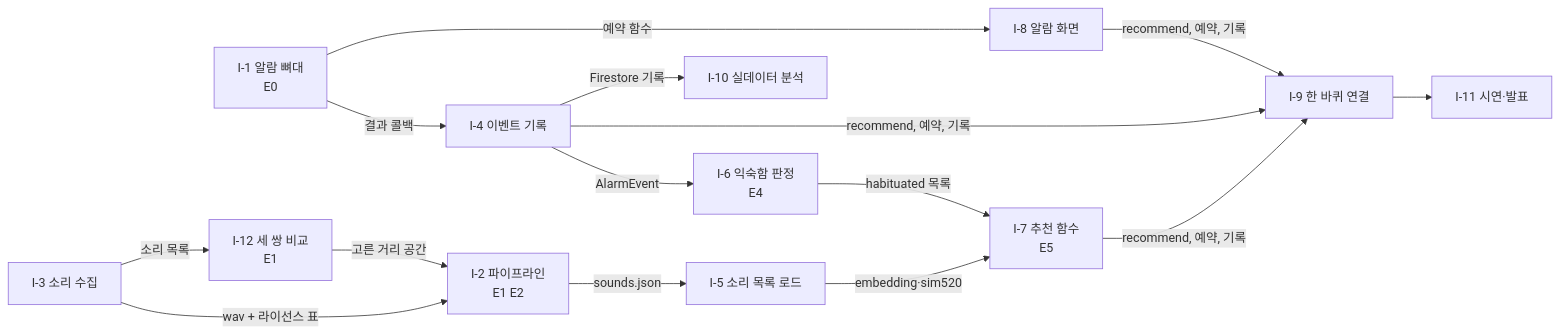
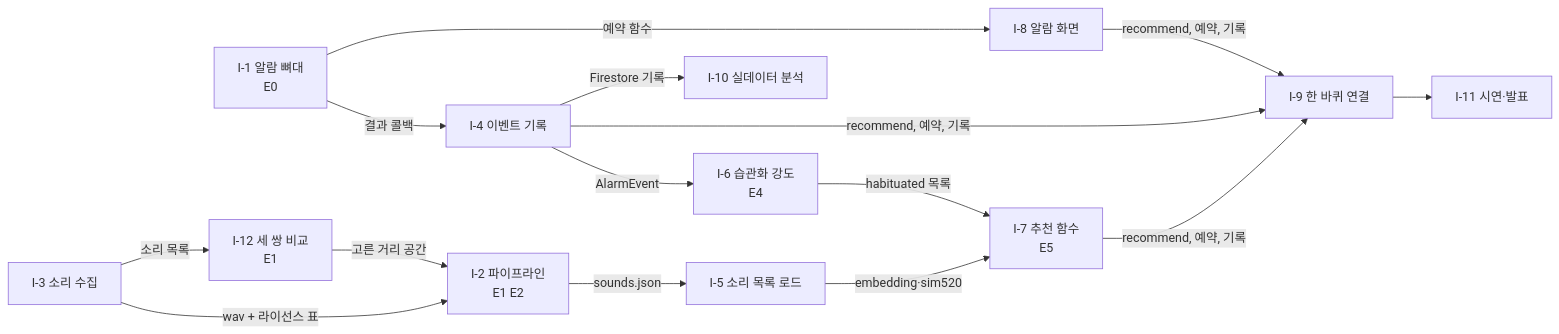
One commit to lyw012012-cpu/appa-anjanda changed the diagram in docs/context/issues-draft.md. Above: the diagram before and after it, drawn with Mermaid. The commit also changed other lines of this file and 7 other files, not shown here.

````diff
--- a/docs/context/issues-draft.md
+++ b/docs/context/issues-draft.md
@@ -24,15 +24,15 @@
 ```mermaid
 flowchart LR
   I1[I-1 알람 뼈대<br/>E0] -->|결과 콜백| I4[I-4 이벤트 기록]
   I1 -->|예약 함수| I8[I-8 알람 화면]
   I3[I-3 소리 수집] -->|wav + 라이선스 표| I2[I-2 파이프라인<br/>E1 E2]
   I3 -->|소리 목록| I12[I-12 세 쌍 비교<br/>E1]
   I12 -->|고른 거리 공간| I2
   I2 -->|sounds.json| I5[I-5 소리 목록 로드]
-  I4 -->|AlarmEvent| I6[I-6 익숙함 판정<br/>E4]
+  I4 -->|AlarmEvent| I6[I-6 습관화 강도<br/>E4]
   I6 -->|habituated 목록| I7[I-7 추천 함수<br/>E5]
   I5 -->|embedding·sim520| I7
   I4 & I7 & I8 -->|recommend, 예약, 기록| I9[I-9 한 바퀴 연결]
   I4 -->|Firestore 기록| I10[I-10 실데이터 분석]
   I9 --> I11[I-11 시연·발표]
 ```
````
